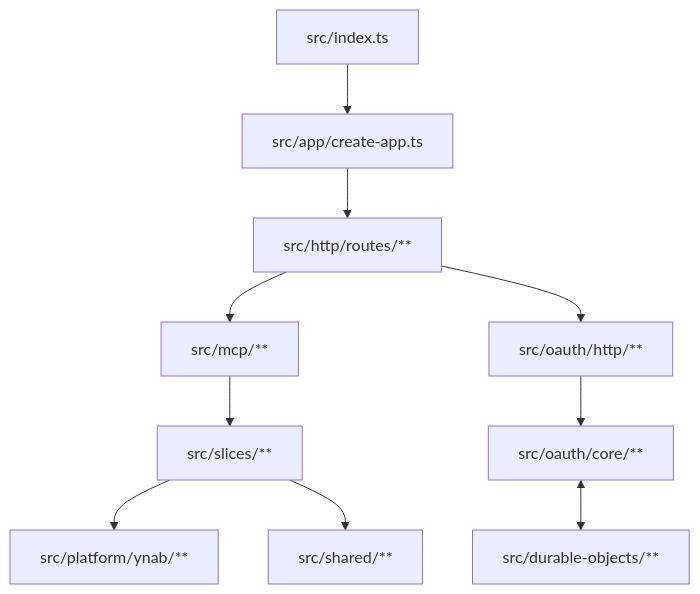
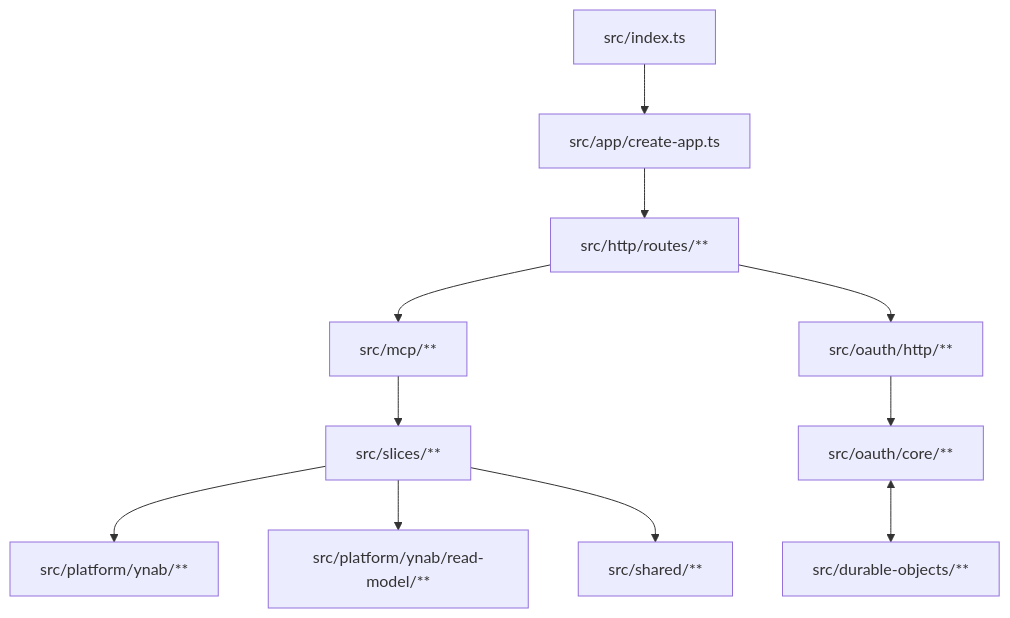
One commit to mossipcams/ynab-mcp-build changed the diagram in architecture.md. Above: the diagram before and after it, drawn with Mermaid. The commit also changed other lines of this file and 22 other files, not shown here.

Commit message:
feat: add D1-backed YNAB read model foundation (#35)

````diff
--- a/architecture.md
+++ b/architecture.md
@@ -9,19 +11,21 @@
 ```mermaid
 flowchart TD
     A[src/index.ts]
     B[src/app/create-app.ts]
     C[src/http/routes/**]
     D[src/mcp/**]
     E[src/slices/**]
     F[src/platform/ynab/**]
+    K[src/platform/ynab/read-model/**]
     G[src/shared/**]
     H[src/oauth/http/**]
     I[src/oauth/core/**]
     J[src/durable-objects/**]
 
     A --> B --> C
     C --> D --> E --> F
+    E --> K
     E --> G
     C --> H --> I
     I <--> J
 ```
````
